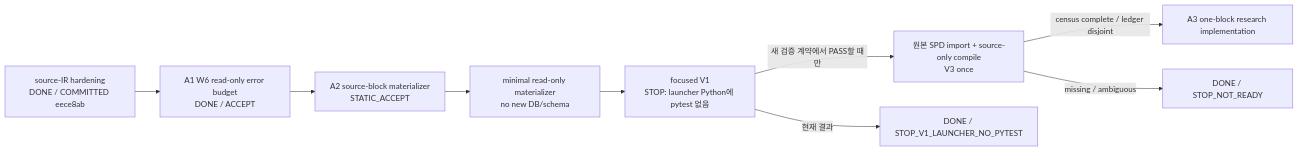
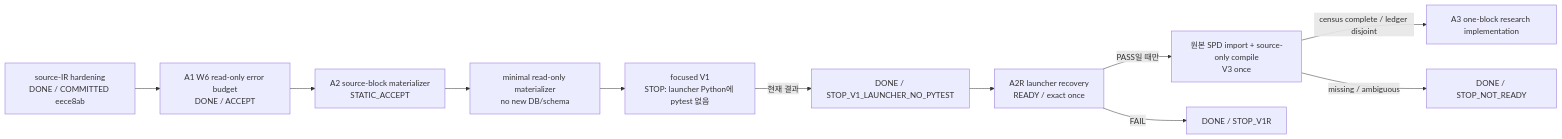
One commit to yunhyok/spd-decap-pi-evaluator changed the diagram in docs/WORK_EXECUTION_BASELINE.md. Above: the diagram before and after it, drawn with Mermaid. The commit also changed other lines of this file and 1 other file, not shown here.

Commit message:
docs: freeze A2 V1 launcher recovery

````diff
--- a/docs/WORK_EXECUTION_BASELINE.md
+++ b/docs/WORK_EXECUTION_BASELINE.md
@@ -26,11 +27,13 @@
 ```mermaid
 flowchart LR
     H["source-IR hardening<br/>DONE / COMMITTED eece8ab"] --> A1["A1 W6 read-only error budget<br/>DONE / ACCEPT"]
     A1 --> A2["A2 source-block materializer<br/>STATIC_ACCEPT"]
     A2 --> M["minimal read-only materializer<br/>no new DB/schema"]
     M --> V1["focused V1<br/>STOP: launcher Python에 pytest 없음"]
-    V1 -->|새 검증 계약에서 PASS할 때만| V3["원본 SPD import + source-only compile<br/>V3 once"]
     V1 -->|현재 결과| STOPV1["DONE / STOP_V1_LAUNCHER_NO_PYTEST"]
+    STOPV1 --> V1R["A2R launcher recovery<br/>READY / exact once"]
+    V1R -->|PASS일 때만| V3["원본 SPD import + source-only compile<br/>V3 once"]
+    V1R -->|FAIL| STOPV1R["DONE / STOP_V1R"]
     V3 -->|census complete / ledger disjoint| A3["A3 one-block research implementation"]
     V3 -->|missing / ambiguous| STOPSRC["DONE / STOP_NOT_READY"]
 ```
````
